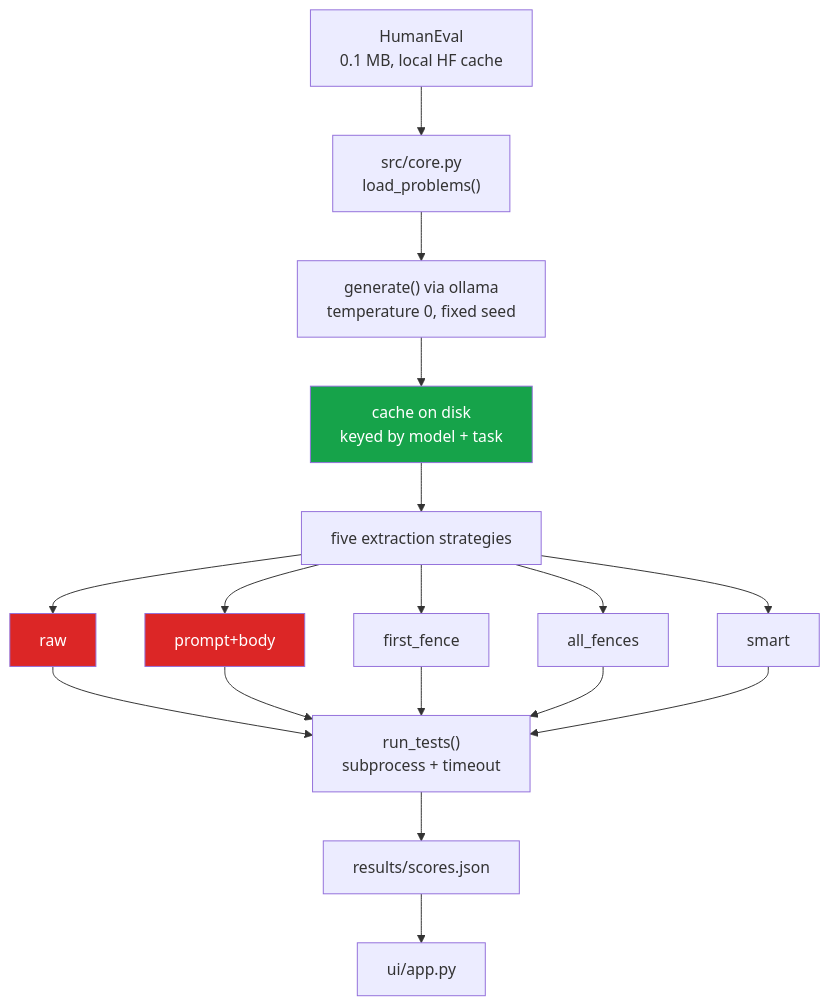
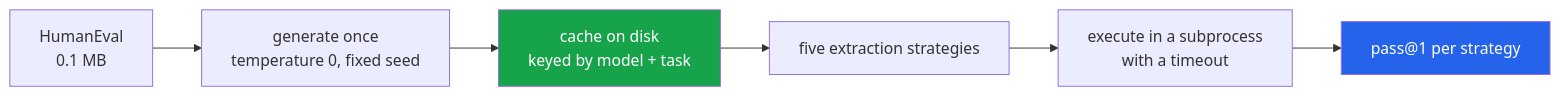
One commit to hammas159/code-eval-harness changed the diagram in README.md. Above: the diagram before and after it, drawn with Mermaid. The commit also changed other lines of this file and 5 other files, not shown here.

````diff
--- a/README.md
+++ b/README.md
@@ -103,22 +74,11 @@
 ```mermaid
-flowchart TD
-    A["HumanEval<br/>0.1 MB, local HF cache"] --> B["src/core.py<br/>load_problems()"]
-    B --> C["generate() via ollama<br/>temperature 0, fixed seed"]
-    C --> D["cache on disk<br/>keyed by model + task"]
-    D --> E["five extraction strategies"]
-    E --> F1["raw"]
-    E --> F2["prompt+body"]
-    E --> F3["first_fence"]
-    E --> F4["all_fences"]
-    E --> F5["smart"]
-    F1 --> G["run_tests()<br/>subprocess + timeout"]
-    F2 --> G
-    F3 --> G
-    F4 --> G
-    F5 --> G
-    G --> H["results/scores.json"]
-    H --> I["ui/app.py"]
-    style D fill:#16a34a,color:#fff
-    style F1 fill:#dc2626,color:#fff
-    style F2 fill:#dc2626,color:#fff
+flowchart LR
+    A["HumanEval<br/>0.1 MB"] --> B["generate once<br/>temperature 0, fixed seed"]
+    B --> C["cache on disk<br/>keyed by model + task"]
+    C --> D["five extraction strategies"]
+    D --> E["execute in a subprocess<br/>with a timeout"]
+    E --> F["pass@1 per strategy"]
+
+    style C fill:#16a34a,color:#fff
+    style F fill:#2563eb,color:#fff
 ```
````
